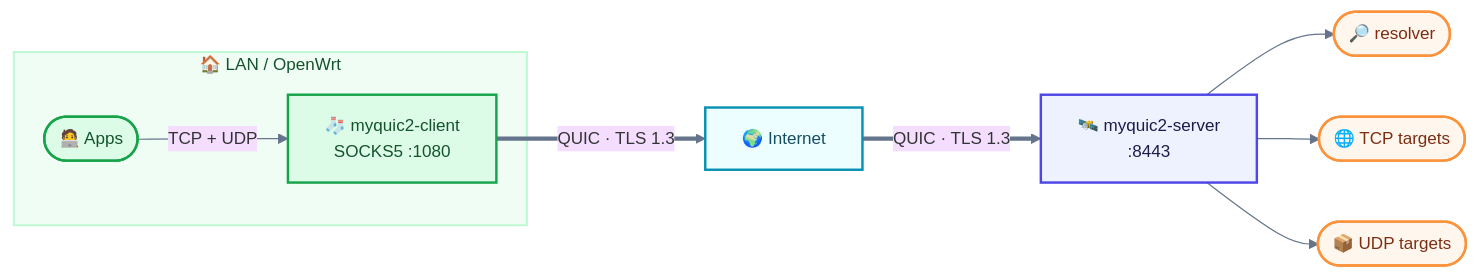
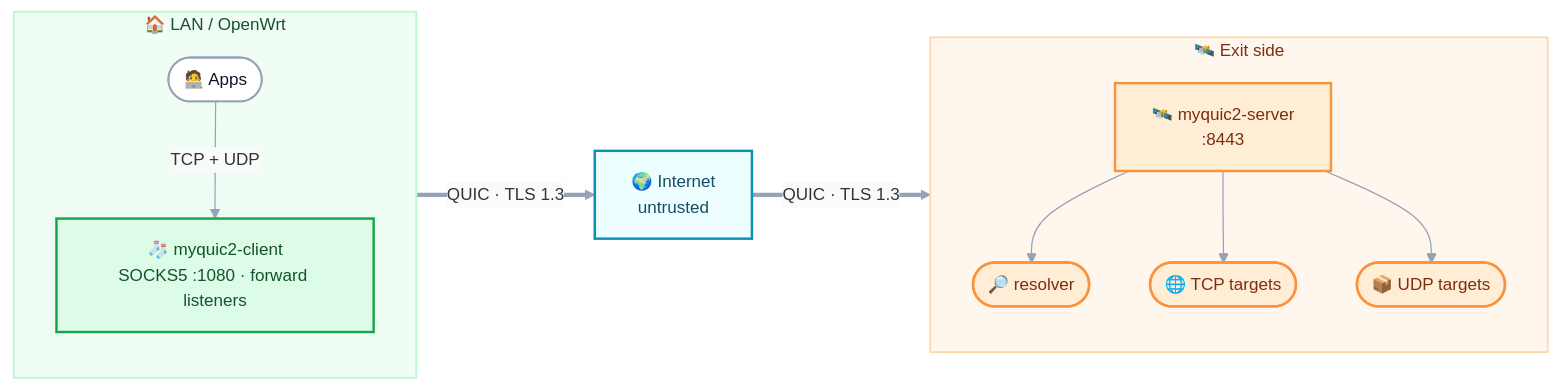
The tenth of 31 diagrams in README.md (Terutoki/MyQUIC2), drawn with Mermaid before and after one commit. The commit also changed other lines of this file and 14 other files, not shown here.

First line of the commit message:
docs(readme): remove static art and redraw Mermaid atlas

````diff
--- a/README.md
+++ b/README.md
@@ -1244,28 +1253,35 @@
 ```mermaid
-%%{init: {"theme":"base","themeVariables":{"fontSize":"14px","lineColor":"#64748b"}}}%%
+%%{init: {"theme":"base","themeVariables":{"fontSize":"14px","lineColor":"#94a3b8","textColor":"#0f172a","edgeLabelBackground":"#f8fafc"}}}%%
 flowchart LR
-subgraph LAN["🏠 LAN / OpenWrt"]
+    accTitle: Deployment topology
+    accDescr: A LAN or OpenWrt client dials the server over the public Internet; the server resolves and reaches TCP or UDP targets.
+    subgraph LAN["🏠  LAN / OpenWrt"]
+        direction TB
         APPS(["🧑‍💻 Apps"])
-        CLIENT["🧦 myquic2-client<br/>SOCKS5 :1080"]
+        CLIENT["🧦 myquic2-client<br/>SOCKS5 :1080 · forward listeners"]
         APPS -->|"TCP + UDP"| CLIENT
     end
-    CLIENT ==>|"QUIC · TLS 1.3"| NET["🌍 Internet"]
-    NET ==>|"QUIC · TLS 1.3"| SRV["🛰️ myquic2-server<br/>:8443"]
-    SRV --> RES(["🔎 resolver"])
-    SRV --> TCP(["🌐 TCP targets"])
-    SRV --> UDP(["📦 UDP targets"])
-    class APPS,CLIENT clientC
-    class NET wireC
-    class SRV coreC
-    class RES,TCP,UDP warmC
+    NET["🌍 Internet<br/>untrusted"]
+    subgraph EXIT["🛰️  Exit side"]
+        direction TB
+        SRV["🛰️ myquic2-server<br/>:8443"]
+        RES(["🔎 resolver"])
+        TCP(["🌐 TCP targets"])
+        UDP(["📦 UDP targets"])
+        SRV --> RES
+        SRV --> TCP
+        SRV --> UDP
+    end
+    CLIENT ==>|"QUIC · TLS 1.3"| NET
+    NET ==>|"QUIC · TLS 1.3"| SRV
     style LAN fill:#f0fdf4,stroke:#bbf7d0,stroke-width:1.5px,color:#14532d
-
-    classDef clientC fill:#dcfce7,stroke:#16a34a,stroke-width:2px,color:#14532d
-    classDef coreC fill:#eef2ff,stroke:#4f46e5,stroke-width:2px,color:#1e1b4b
-    classDef wireC fill:#ecfeff,stroke:#0891b2,stroke-width:2px,color:#164e63
-    classDef warmC fill:#fff7ed,stroke:#fb923c,stroke-width:2px,color:#7c2d12
-    classDef dangerC fill:#fff1f2,stroke:#e11d48,stroke-width:2px,color:#881337
-    classDef muteC fill:#f8fafc,stroke:#cbd5e1,color:#475569
-    classDef noteC fill:#e0e7ff,stroke:#8b5cf6,stroke-width:1.5px,color:#312e81
-    classDef decisionC fill:#fef9c3,stroke:#eab308,stroke-width:2px,color:#713f12
+    style EXIT fill:#fff7ed,stroke:#fed7aa,stroke-width:1.5px,color:#7c2d12
+    classDef app fill:#ffffff,stroke:#94a3b8,stroke-width:1.5px,color:#0f172a
+    classDef edge fill:#dcfce7,stroke:#16a34a,stroke-width:2px,color:#14532d
+    classDef wire fill:#ecfeff,stroke:#0891b2,stroke-width:2px,color:#164e63
+    classDef exit fill:#ffedd5,stroke:#fb923c,stroke-width:2px,color:#7c2d12
+    class APPS app
+    class CLIENT edge
+    class NET wire
+    class SRV,RES,TCP,UDP exit
 ```
````
